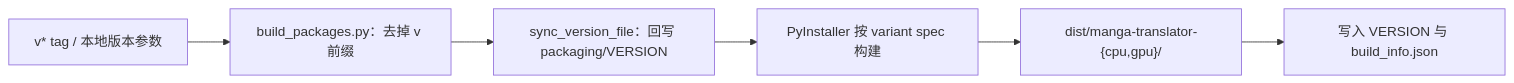
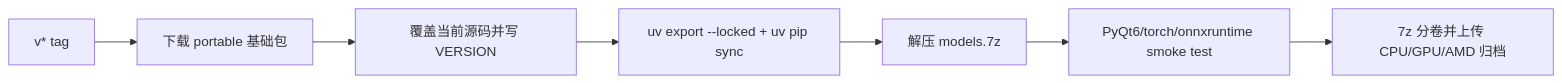
One commit to hgmzhn/manga-translator-ui changed the first of 2 diagrams in doc/wiki/zh/developer/packaging-and-release.md. Above: the diagram before and after it, drawn with Mermaid. The commit also changed other lines of this file and 3 other files, not shown here.

````diff
--- a/doc/wiki/zh/developer/packaging-and-release.md
+++ b/doc/wiki/zh/developer/packaging-and-release.md
@@ -59,8 +61,9 @@
 ```mermaid
 flowchart LR
-    T["v* tag / 本地版本参数"] --> B["build_packages.py：去掉 v 前缀"]
-    B --> S["sync_version_file：回写 packaging/VERSION"]
-    S --> P["PyInstaller 按 variant spec 构建"]
-    P --> D["dist/manga-translator-{cpu,gpu}/"]
-    D --> V["写入 VERSION 与 build_info.json"]
+    T["v* tag"] --> B["下载 portable 基础包"]
+    B --> S["覆盖当前源码并写 VERSION"]
+    S --> D["uv export --locked + uv pip sync"]
+    D --> M["解压 models.7z"]
+    M --> Q["PyQt6/torch/onnxruntime smoke test"]
+    Q --> Z["7z 分卷并上传 CPU/GPU/AMD 归档"]
 ```
````
